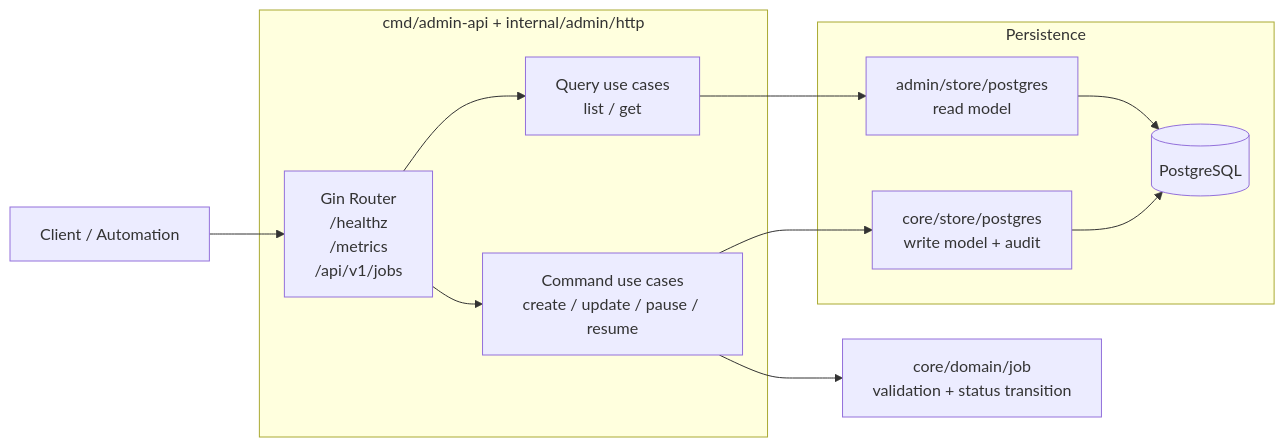
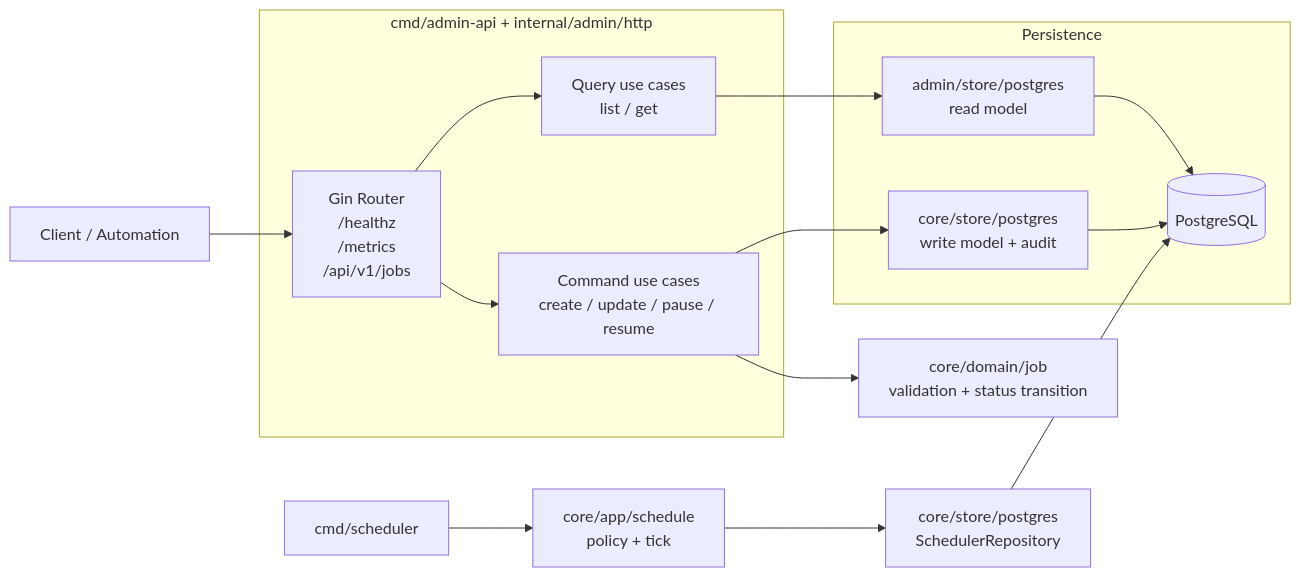
One commit to s3loy/orbitjob changed the diagram in README.en.md. Above: the diagram before and after it, drawn with Mermaid. The commit also changed other lines of this file and 3 other files, not shown here.

````diff
--- a/README.en.md
+++ b/README.en.md
@@ -27,18 +27,22 @@
 ```mermaid
 flowchart LR
     Client["Client / Automation"] --> Router["Gin Router<br/>/healthz<br/>/metrics<br/>/api/v1/jobs"]
 
     subgraph AdminAPI["cmd/admin-api + internal/admin/http"]
         Router --> QueryUC["Query use cases<br/>list / get"]
         Router --> CommandUC["Command use cases<br/>create / update / pause / resume"]
     end
 
     subgraph Storage["Persistence"]
         ReadRepo["admin/store/postgres<br/>read model"] --> DB[("PostgreSQL")]
         WriteRepo["core/store/postgres<br/>write model + audit"] --> DB
     end
 
     QueryUC --> ReadRepo
     CommandUC --> Domain["core/domain/job<br/>validation + status transition"]
     CommandUC --> WriteRepo
+
+    Scheduler["cmd/scheduler"] --> ScheduleUC["core/app/schedule<br/>policy + tick"]
+    ScheduleUC --> SchedulerRepo["core/store/postgres<br/>SchedulerRepository"]
+    SchedulerRepo --> DB
 ```
````
